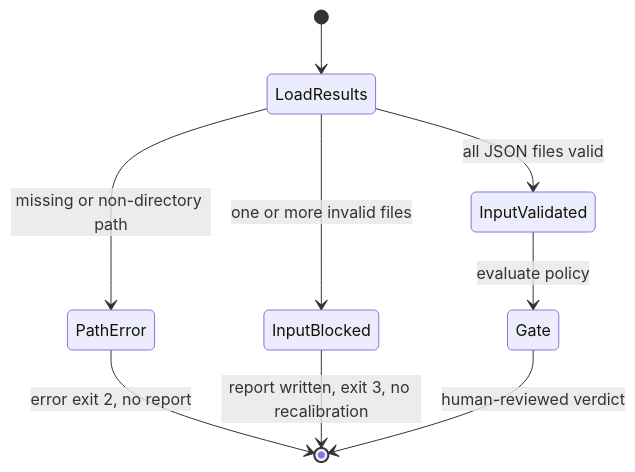
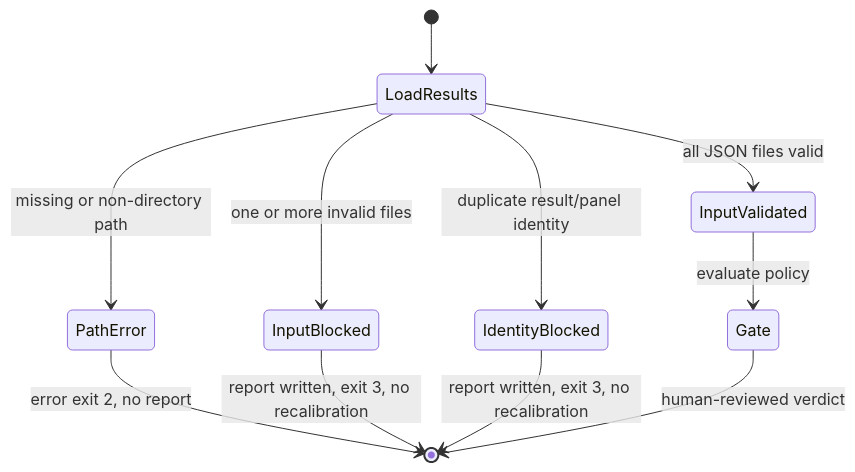
Before and after one commit to streamentry/OpenAMP-Foundry: the fourth of 4 diagrams in tests/calibration/AGENTS.md, drawn with Mermaid. The commit also changed 15 other files, not shown here.

First line of the commit message:
fix: block duplicate lab result identities

````diff
--- a/tests/calibration/AGENTS.md
+++ b/tests/calibration/AGENTS.md
@@ -57,11 +57,13 @@
 ```mermaid
 stateDiagram-v2
   [*] --> LoadResults
   LoadResults --> InputValidated: all JSON files valid
   LoadResults --> InputBlocked: one or more invalid files
+  LoadResults --> IdentityBlocked: duplicate result/panel identity
   LoadResults --> PathError: missing or non-directory path
   PathError --> [*]: error exit 2, no report
   InputBlocked --> [*]: report written, exit 3, no recalibration
+  IdentityBlocked --> [*]: report written, exit 3, no recalibration
   InputValidated --> Gate: evaluate policy
   Gate --> [*]: human-reviewed verdict
 ```
````
